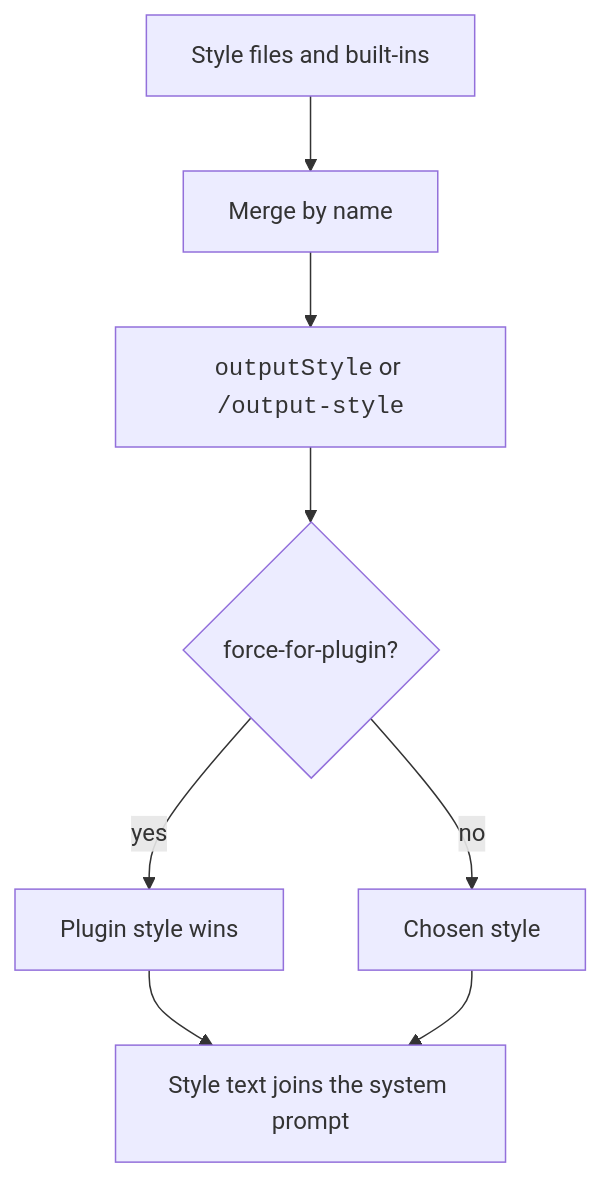
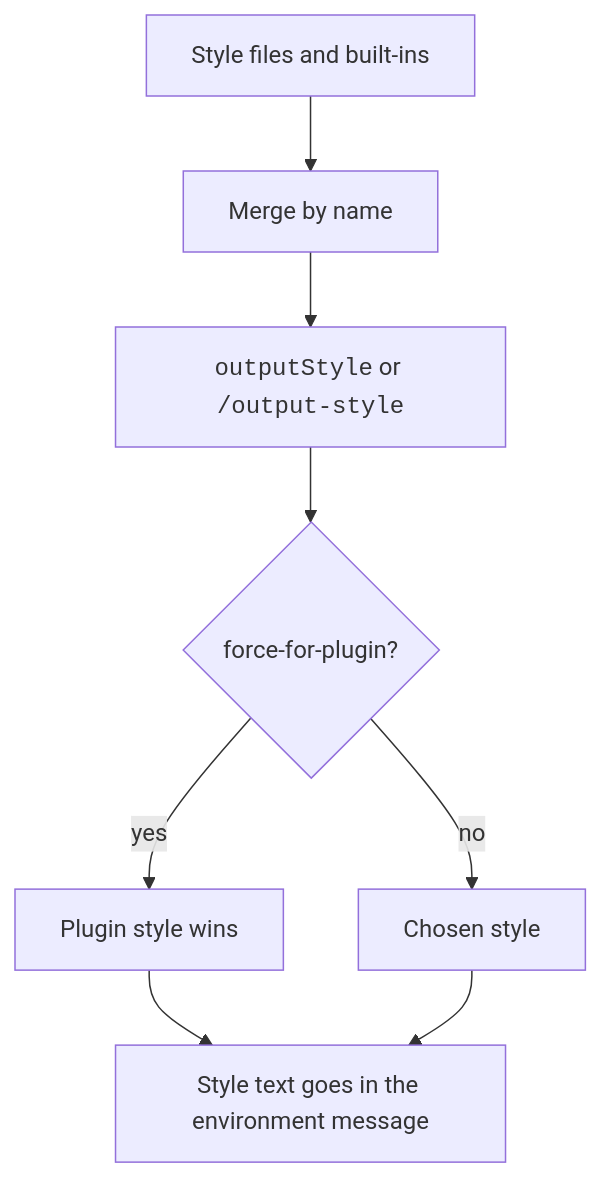
The diagram in docs/configure/output-styles.md (xsyetopz/claude-code-docs), drawn with Mermaid before and after one commit. The commit also changed other lines of this file and 109 other files, not shown here.

````diff
--- a/docs/configure/output-styles.md
+++ b/docs/configure/output-styles.md
@@ -89,10 +89,10 @@
 ```mermaid
 flowchart TD
   Files[Style files and built-ins] --> Merge[Merge by name]
   Merge --> Pick["<code>outputStyle</code> or <code>/output-style</code>"]
   Pick --> Plug{force-for-plugin?}
   Plug -->|yes| Force[Plugin style wins]
   Plug -->|no| Use[Chosen style]
-  Force --> Prompt[Style text joins the system prompt]
+  Force --> Prompt[Style text goes in the environment message]
   Use --> Prompt
 ```
````
